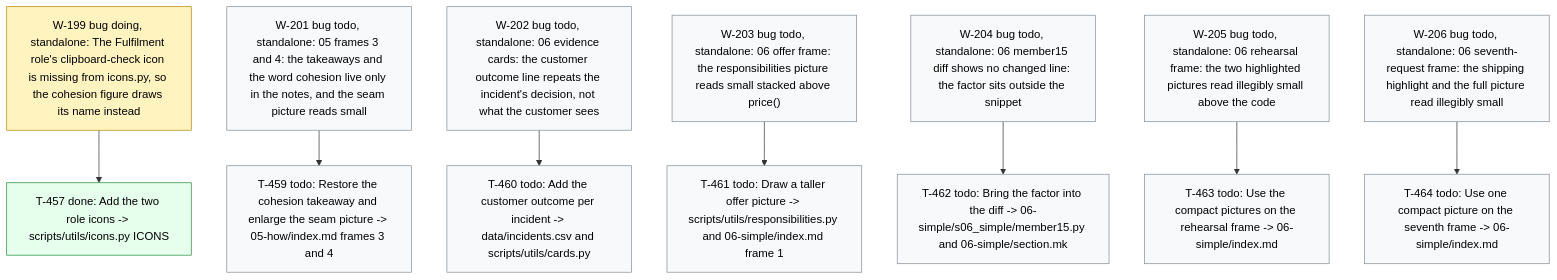
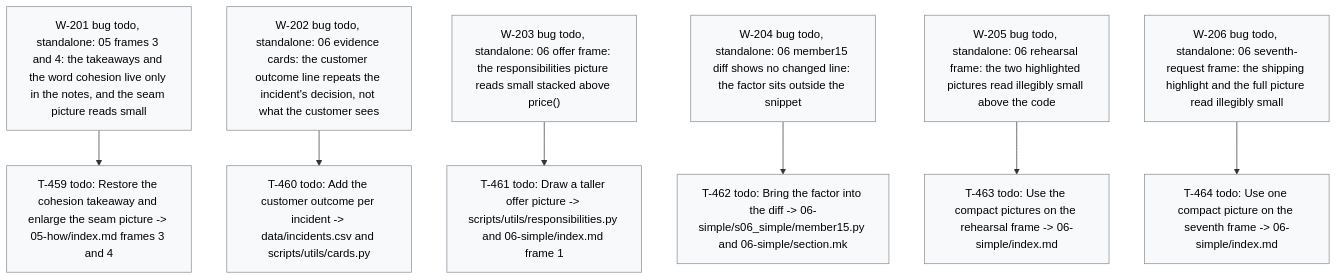
The diagram in .board/BOARD.md (dpopchev/chaos-to-simple), drawn with Mermaid before and after one commit. The commit also changed other lines of this file and 3 other files, not shown here.

````diff
--- a/.board/BOARD.md
+++ b/.board/BOARD.md
@@ -1184,25 +1189,21 @@
 ```mermaid
 flowchart TD
-  W199["W-199 bug doing, standalone: The Fulfilment role's clipboard-check icon is missing from icons.py, so the cohesion figure draws its name instead"]
-  W199 --> T457["T-457 done: Add the two role icons -> scripts/utils/icons.py ICONS"]
   W201["W-201 bug todo, standalone: 05 frames 3 and 4: the takeaways and the word cohesion live only in the notes, and the seam picture reads small"]
   W201 --> T459["T-459 todo: Restore the cohesion takeaway and enlarge the seam picture -> 05-how/index.md frames 3 and 4"]
   W202["W-202 bug todo, standalone: 06 evidence cards: the customer outcome line repeats the incident's decision, not what the customer sees"]
   W202 --> T460["T-460 todo: Add the customer outcome per incident -> data/incidents.csv and scripts/utils/cards.py"]
   W203["W-203 bug todo, standalone: 06 offer frame: the responsibilities picture reads small stacked above price()"]
   W203 --> T461["T-461 todo: Draw a taller offer picture -> scripts/utils/responsibilities.py and 06-simple/index.md frame 1"]
   W204["W-204 bug todo, standalone: 06 member15 diff shows no changed line: the factor sits outside the snippet"]
   W204 --> T462["T-462 todo: Bring the factor into the diff -> 06-simple/s06_simple/member15.py and 06-simple/section.mk"]
   W205["W-205 bug todo, standalone: 06 rehearsal frame: the two highlighted pictures read illegibly small above the code"]
   W205 --> T463["T-463 todo: Use the compact pictures on the rehearsal frame -> 06-simple/index.md"]
   W206["W-206 bug todo, standalone: 06 seventh-request frame: the shipping highlight and the full picture read illegibly small"]
   W206 --> T464["T-464 todo: Use one compact picture on the seventh frame -> 06-simple/index.md"]
   classDef doing fill:#fff3bf,stroke:#b58900,color:#000;
   classDef blocked fill:#ffe3e3,stroke:#c92a2a,color:#000;
   classDef done fill:#e6ffed,stroke:#2b8a3e,color:#000;
   classDef todo fill:#f8f9fa,stroke:#868e96,color:#000;
   classDef pruned fill:#f1f3f5,stroke:#adb5bd,color:#000;
-  class W199 doing
-  class T457 done
   class W201,T459,W202,T460,W203,T461,W204,T462,W205,T463,W206,T464 todo
 ```
````
